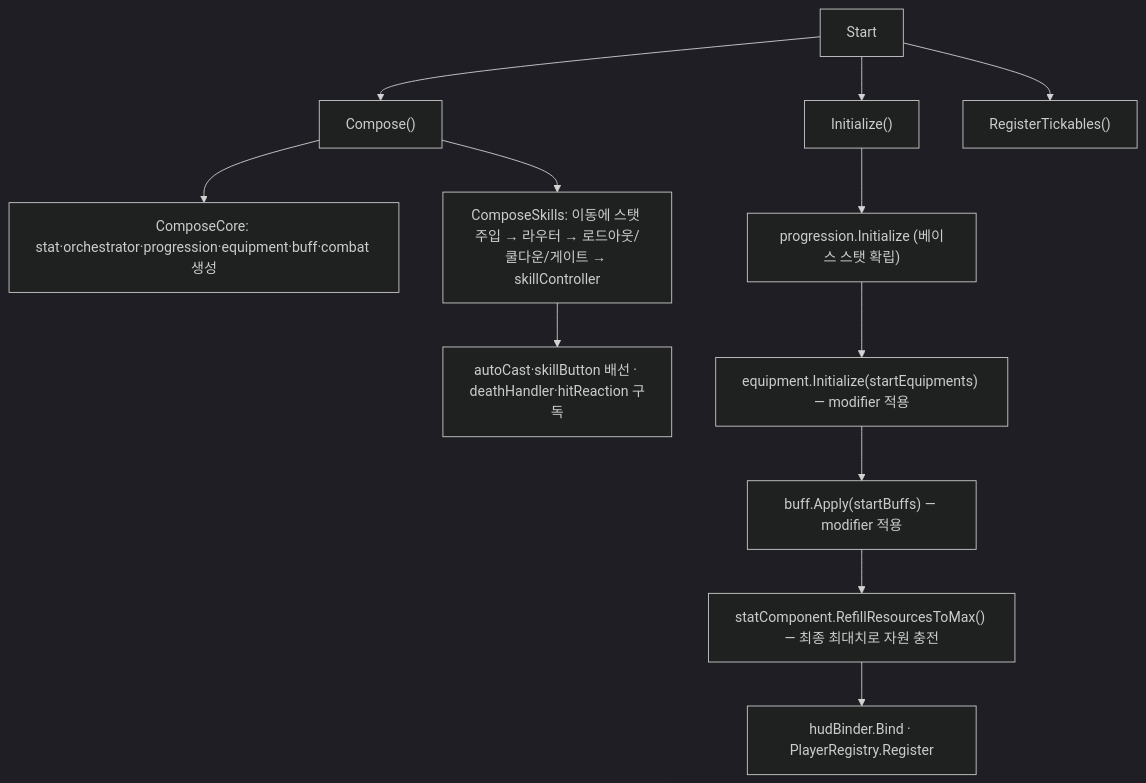
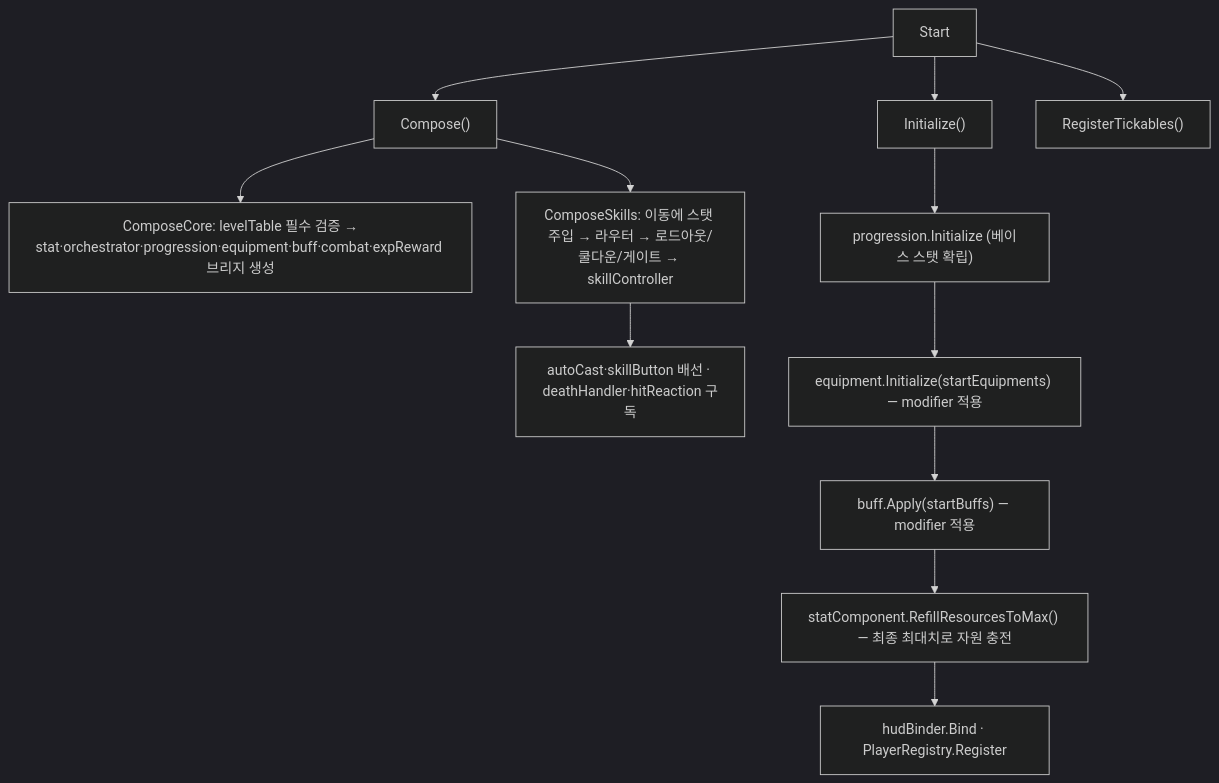
Before and after one commit to hanwoolhanwool/Idle-Game: the second of 2 diagrams in docs/specs/player/README.md, drawn with Mermaid (dark theme). The commit also changed other lines of this file and 13 other files, not shown here.

````diff
--- a/docs/specs/player/README.md
+++ b/docs/specs/player/README.md
@@ -137,14 +138,14 @@
 ```mermaid
 flowchart TD
     S["Start"] --> C["Compose()"]
-    C --> C1["ComposeCore: stat·orchestrator·progression·equipment·buff·combat 생성"]
+    C --> C1["ComposeCore: levelTable 필수 검증 →<br/>stat·orchestrator·progression·equipment·buff·combat·expReward 브리지 생성"]
     C --> C2["ComposeSkills: 이동에 스탯 주입 → 라우터 → 로드아웃/쿨다운/게이트 → skillController"]
     C2 --> C3["autoCast·skillButton 배선 · deathHandler·hitReaction 구독"]
     S --> I["Initialize()"]
     I --> I1["progression.Initialize (베이스 스탯 확립)"]
     I1 --> I2["equipment.Initialize(startEquipments) — modifier 적용"]
     I2 --> I3["buff.Apply(startBuffs) — modifier 적용"]
     I3 --> I4["statComponent.RefillResourcesToMax() — 최종 최대치로 자원 충전"]
     I4 --> I5["hudBinder.Bind · PlayerRegistry.Register"]
     S --> R["RegisterTickables()"]
 ```
````
